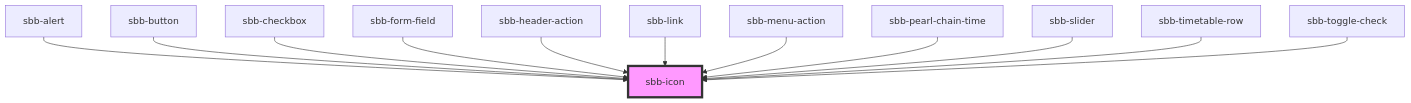
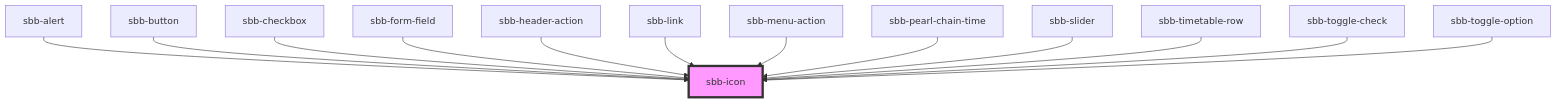
Before and after one commit to sbb-design-systems/lyne-components: the diagram in src/components/sbb-icon/readme.md, drawn with Mermaid. The commit also changed other lines of this file and 8 other files, not shown here.

````diff
--- a/src/components/sbb-icon/readme.md
+++ b/src/components/sbb-icon/readme.md
@@ -112,15 +113,16 @@
 ```mermaid
 graph TD;
   sbb-alert --> sbb-icon
   sbb-button --> sbb-icon
   sbb-checkbox --> sbb-icon
   sbb-form-field --> sbb-icon
   sbb-header-action --> sbb-icon
   sbb-link --> sbb-icon
   sbb-menu-action --> sbb-icon
   sbb-pearl-chain-time --> sbb-icon
   sbb-slider --> sbb-icon
   sbb-timetable-row --> sbb-icon
   sbb-toggle-check --> sbb-icon
+  sbb-toggle-option --> sbb-icon
   style sbb-icon fill:#f9f,stroke:#333,stroke-width:4px
 ```
````
